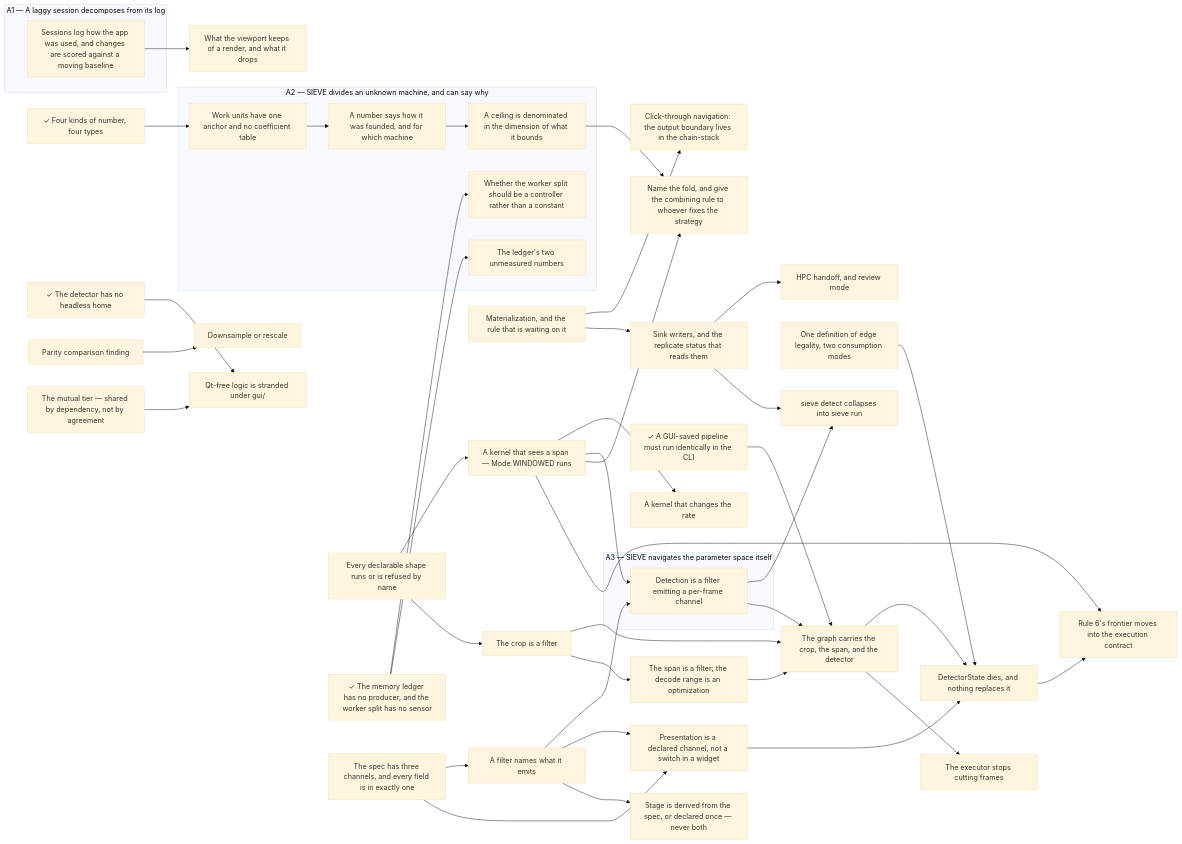
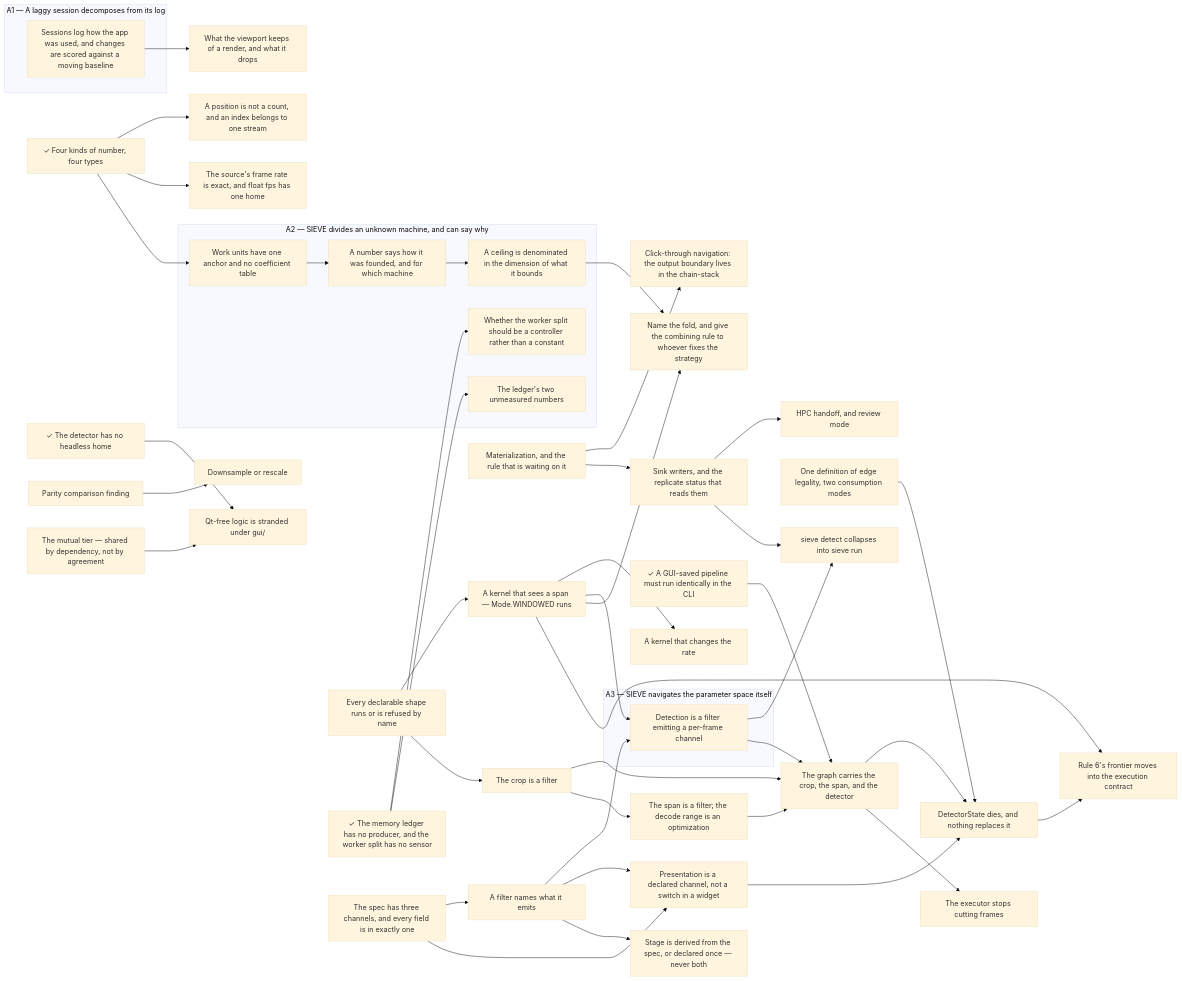
One commit to soulsynapse/antscihub-SIEVE changed the diagram in docs/.state.md. Above: the diagram before and after it, drawn with Mermaid (base theme). The commit also changed other lines of this file and 3 other files, not shown here.

First line of the commit message:
docs: mint the two items the four types leave behind

```diff
--- a/docs/.state.md
+++ b/docs/.state.md
@@ -141,10 +145,12 @@
     a_filter_names_what_it_emits["A filter names what it emits"]
     a_kernel_that_changes_the_rate["A kernel that changes the rate"]
     a_kernel_that_sees_a_span["A kernel that sees a span — Mode.WINDOWED runs"]
+    a_position_is_not_a_count["A position is not a count, and an index belongs to one stream"]
     click_through_navigation["Click-through navigation: the output boundary lives in the chain-stack"]
     declarable_but_not_runnable["Every declarable shape runs or is refused by name"]
     detector_state_dies["DetectorState dies, and nothing replaces it"]
     downsample_or_rescale["Downsample or rescale"]
+    exact_source_frame_rate["The source's frame rate is exact, and float fps has one home"]
     four_numbers_four_types["✓ Four kinds of number, four types"]
     gui_cli_execution_parity["✓ A GUI-saved pipeline must run identically in the CLI"]
     headless_detection["✓ The detector has no headless home"]
@@ -171,6 +177,7 @@
     a_kernel_that_sees_a_span --> a_kernel_that_changes_the_rate
     declarable_but_not_runnable --> a_kernel_that_sees_a_span
     work_units_have_one_anchor --> a_number_says_how_it_was_founded
+    four_numbers_four_types --> a_position_is_not_a_count
     ledger_producers --> adaptive_worker_allocation
     a_number_says_how_it_was_founded --> ceilings_in_the_dimension_they_bound
     materialization --> click_through_navigation
@@ -180,6 +187,7 @@
     one_definition_of_edge_legality --> detector_state_dies
     presentation_is_a_channel_not_a_switch --> detector_state_dies
     parity_comparison_finding --> downsample_or_rescale
+    four_numbers_four_types --> exact_source_frame_rate
     sink_writers --> hpc_handoff_and_review_mode
     ledger_producers --> ledger_measurements
     ceilings_in_the_dimension_they_bound --> name_the_fold
```
